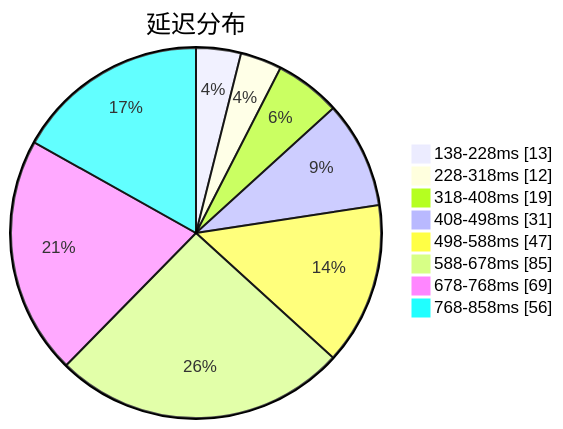
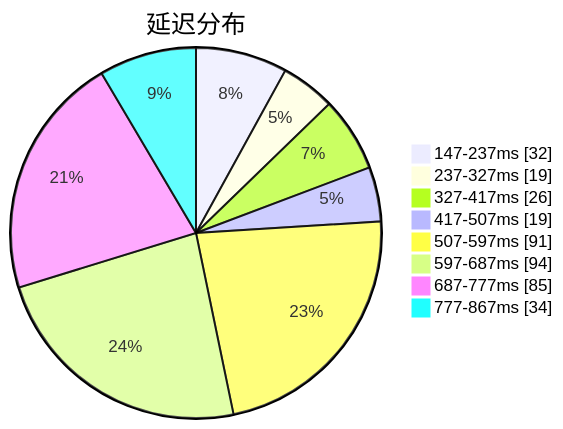
The first of 3 diagrams in subs/statistics/tested_within.md (qjlxg/airport), drawn with Mermaid before and after one commit. The commit also changed other lines of this file and 2 other files, not shown here.

Commit message:
Tested by metaST

````diff
--- a/subs/statistics/tested_within.md
+++ b/subs/statistics/tested_within.md
@@ -2,12 +2,12 @@
 ```mermaid
 pie showData
 title 延迟分布
-"138-228ms" : 13
-"228-318ms" : 12
-"318-408ms" : 19
-"408-498ms" : 31
-"498-588ms" : 47
-"588-678ms" : 85
-"678-768ms" : 69
-"768-858ms" : 56
+"147-237ms" : 32
+"237-327ms" : 19
+"327-417ms" : 26
+"417-507ms" : 19
+"507-597ms" : 91
+"597-687ms" : 94
+"687-777ms" : 85
+"777-867ms" : 34
 ```
````
